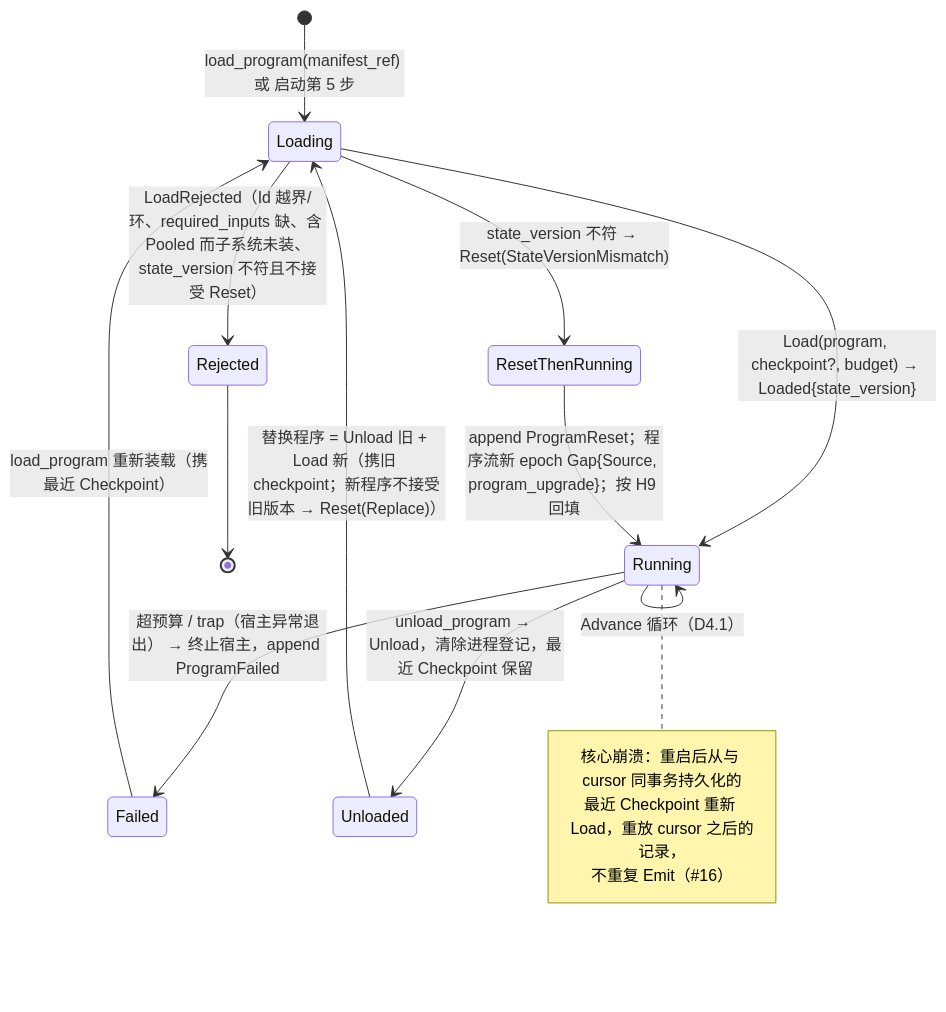
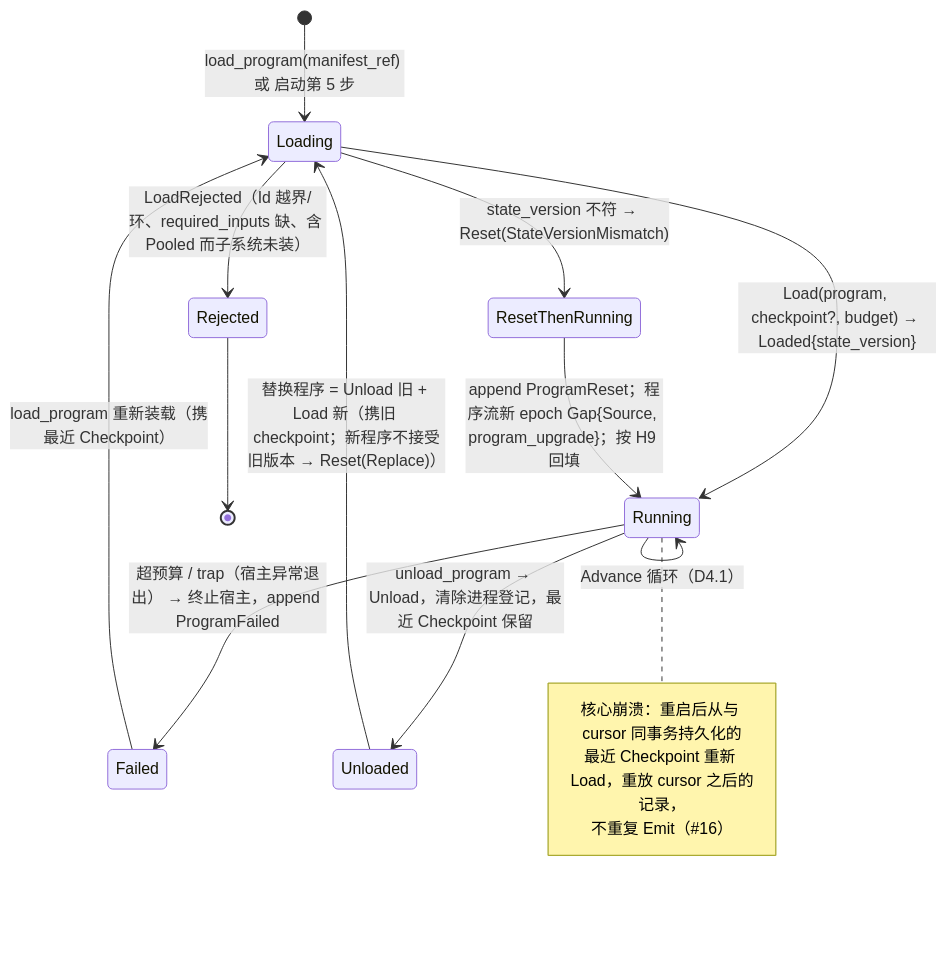
Before and after one commit to mouriya-s-lab/uta: the second of 3 diagrams in design/diagrams/04-program-host.md, drawn with Mermaid. The commit also changed other lines of this file and 9 other files, not shown here.

Commit message:
设计：并入 astra 复核——腿身份 AttemptRef、回执/证据字节归执行事实、EffectResponse 完成事实、AwaitingTargetTerminal 有界出口、ReconciliationReopened 重开取证、取证记录矩阵（Unavailable 不算取证）、lane 集合语义贯通、恢复先判 Resolved、alignment 读当前流末 + checked_as_of、一版一决 Conflict(AlreadyDecided)、Lag/完备位置切面、唯一边=类型依赖与语义消费、XA 类比改设计标签；图 D1–D9 同步

````diff
--- a/design/diagrams/04-program-host.md
+++ b/design/diagrams/04-program-host.md
@@ -57,19 +67,19 @@
 ```mermaid
 stateDiagram-v2
   [*] --> Loading : load_program(manifest_ref) 或 启动第 5 步
   Loading --> Running : Load(program, checkpoint?, budget) → Loaded{state_version}
-  Loading --> Rejected : LoadRejected（Id 越界/环、required_inputs 缺、含 Pooled 而子系统未装、state_version 不符且不接受 Reset）
+  Loading --> Rejected : LoadRejected（Id 越界/环、required_inputs 缺、含 Pooled 而子系统未装）
   Loading --> ResetThenRunning : state_version 不符 → Reset(StateVersionMismatch)
   ResetThenRunning --> Running : append ProgramReset；程序流新 epoch Gap{Source, program_upgrade}；按 H9 回填
   Running --> Running : Advance 循环（D4.1）
   Running --> Failed : 超预算 / trap（宿主异常退出） → 终止宿主，append ProgramFailed
   Running --> Unloaded : unload_program → Unload，清除进程登记，最近 Checkpoint 保留
   Failed --> Loading : load_program 重新装载（携最近 Checkpoint）
   Unloaded --> Loading : 替换程序 = Unload 旧 + Load 新（携旧 checkpoint；新程序不接受旧版本 → Reset(Replace)）
   Rejected --> [*]
   note right of Running
     核心崩溃：重启后从与 cursor 同事务持久化的
     最近 Checkpoint 重新 Load，重放 cursor 之后的记录，
     不重复 Emit（#16）
   end note
 ```
````
